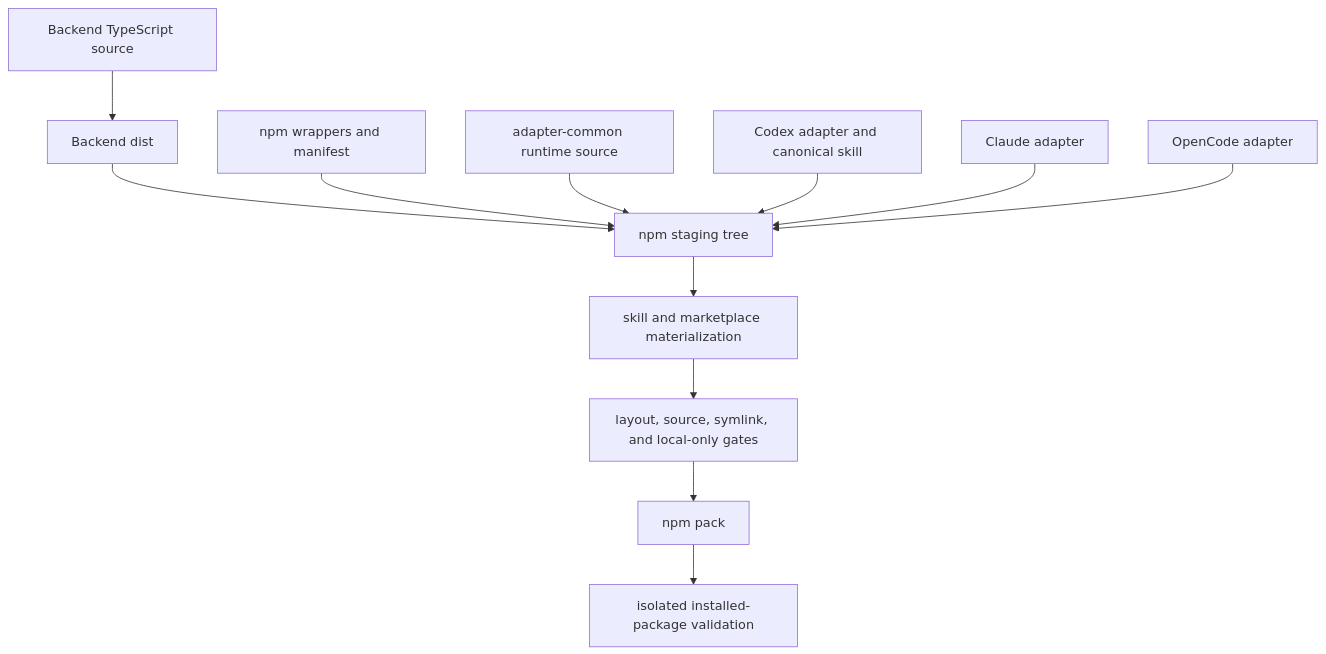
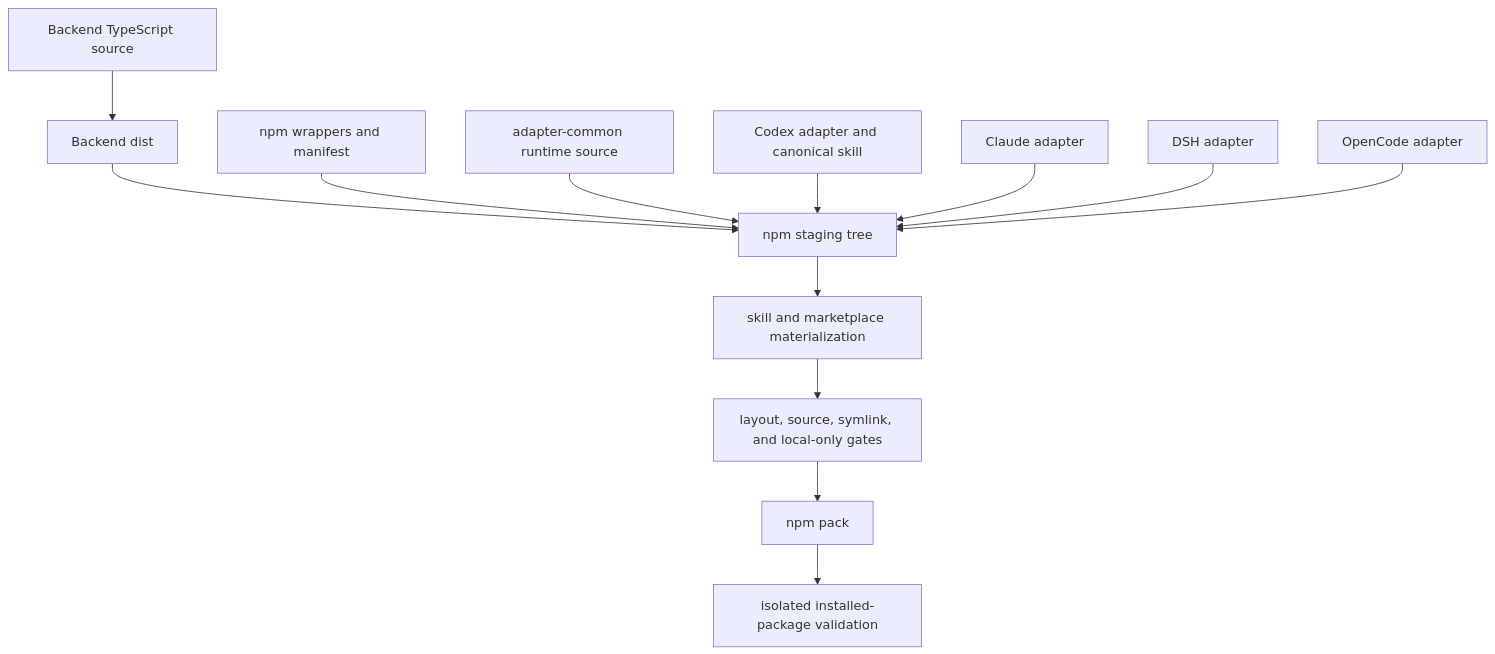
The sixth of 6 diagrams in ARCHITECTURE.md (LimFang/memorax-code), drawn with Mermaid before and after one commit. The commit also changed other lines of this file and 7 other files, not shown here.

````diff
--- a/ARCHITECTURE.md
+++ b/ARCHITECTURE.md
@@ -639,27 +651,29 @@
 ```mermaid
 flowchart TD
   BackendSource["Backend TypeScript source"]
   BackendBuild["Backend dist"]
   NpmSource["npm wrappers and manifest"]
   CommonSource["adapter-common runtime source"]
   CodexSource["Codex adapter and canonical skill"]
   ClaudeSource["Claude adapter"]
+  DshSource["DSH adapter"]
   OpenCodeSource["OpenCode adapter"]
   Stage["npm staging tree"]
   Materialize["skill and marketplace materialization"]
   Gates["layout, source, symlink, and local-only gates"]
   Pack["npm pack"]
   InstallTest["isolated installed-package validation"]
 
   BackendSource --> BackendBuild
   BackendBuild --> Stage
   NpmSource --> Stage
   CommonSource --> Stage
   CodexSource --> Stage
   ClaudeSource --> Stage
+  DshSource --> Stage
   OpenCodeSource --> Stage
   Stage --> Materialize
   Materialize --> Gates
   Gates --> Pack
   Pack --> InstallTest
 ```
````
